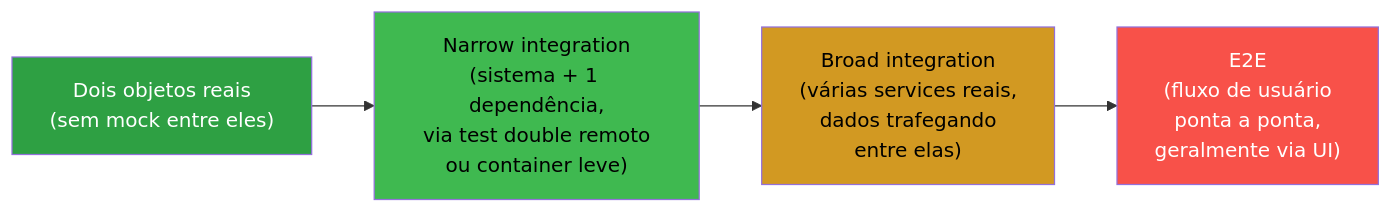
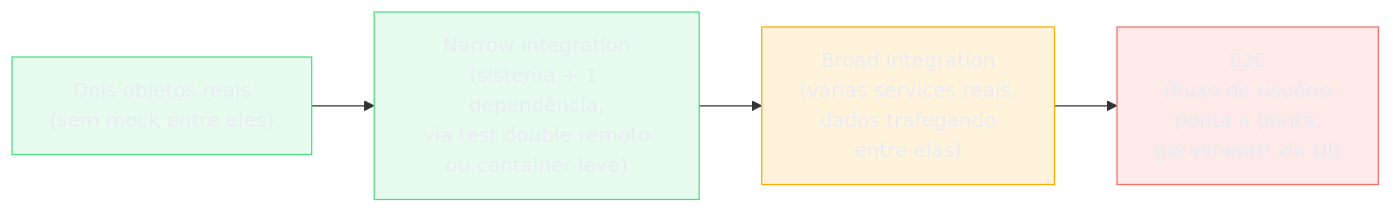
The third of 6 diagrams in 03-Dominios/Engenharia/Testes/07 - Testes de integração.md (josenaldo/codex-technomanticus), drawn with Mermaid before and after one commit. The commit also changed other lines of this file and 1181 other files, not shown here.

First line of the commit message:
fix(diagramas): paleta do sistema no lugar de cor cravada no markdown

````diff
--- a/03-Dominios/Engenharia/Testes/07 - Testes de integração.md
+++ b/03-Dominios/Engenharia/Testes/07 - Testes de integração.md
@@ -129,11 +131,14 @@
 ```mermaid
 flowchart LR
+    classDef ok fill:#4ADE8021,stroke:#4ADE80,color:#E9ECF2
+    classDef destaque fill:#FFAA0024,stroke:#FFAA00,color:#E9ECF2
+    classDef falha fill:#FF6B6B24,stroke:#FF6B6B,color:#E9ECF2
     A["Dois objetos reais\n(sem mock entre eles)"] --> B["Narrow integration\n(sistema + 1 dependência,\nvia test double remoto\nou container leve)"]
     B --> C["Broad integration\n(várias services reais,\ndados trafegando\nentre elas)"]
     C --> D["E2E\n(fluxo de usuário\nponta a ponta,\ngeralmente via UI)"]
 
-    style A fill:#2ea043,color:#fff
-    style B fill:#3fb950,color:#000
-    style C fill:#d29922,color:#000
-    style D fill:#f85149,color:#fff
+    class A ok
+    class B ok
+    class C destaque
+    class D falha
 ```
````
